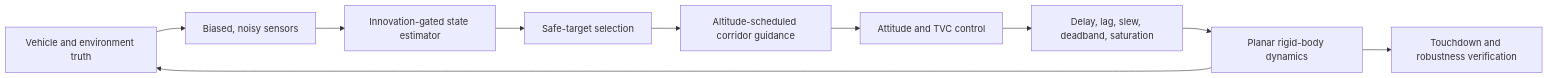
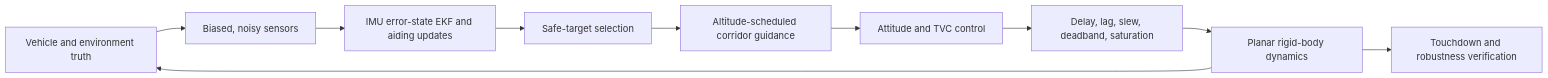
Before and after one commit to flashgari/autonomous-landing-gnc: the diagram in README.md, drawn with Mermaid. The commit also changed other lines of this file and 30 other files, not shown here.

Commit message:
Add error-state EKF navigation verification

````diff
--- a/README.md
+++ b/README.md
@@ -39,12 +39,12 @@
 ```mermaid
 flowchart LR
     ENV["Vehicle and environment truth"] --> SENS["Biased, noisy sensors"]
-    SENS --> EST["Innovation-gated state estimator"]
+    SENS --> EST["IMU error-state EKF and aiding updates"]
     EST --> HAZ["Safe-target selection"]
     HAZ --> GUID["Altitude-scheduled corridor guidance"]
     GUID --> CTRL["Attitude and TVC control"]
     CTRL --> ACT["Delay, lag, slew, deadband, saturation"]
     ACT --> DYN["Planar rigid-body dynamics"]
     DYN --> ENV
     DYN --> VER["Touchdown and robustness verification"]
 ```
````
